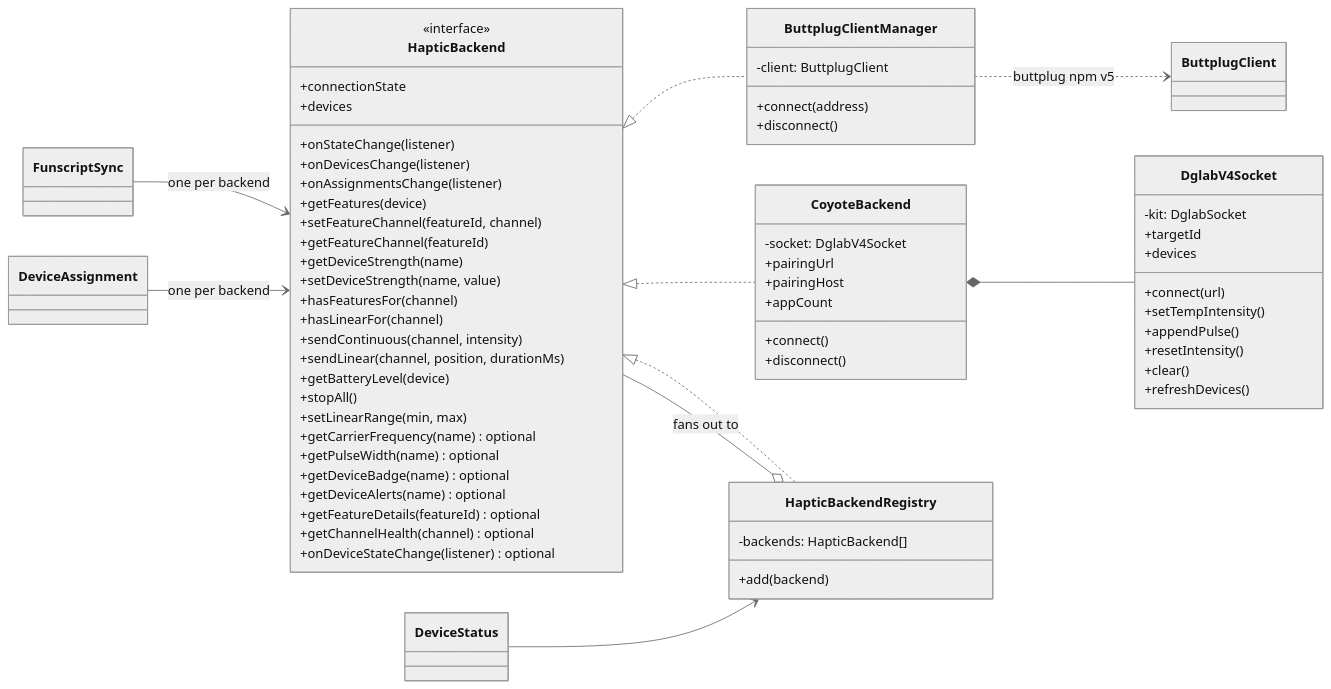
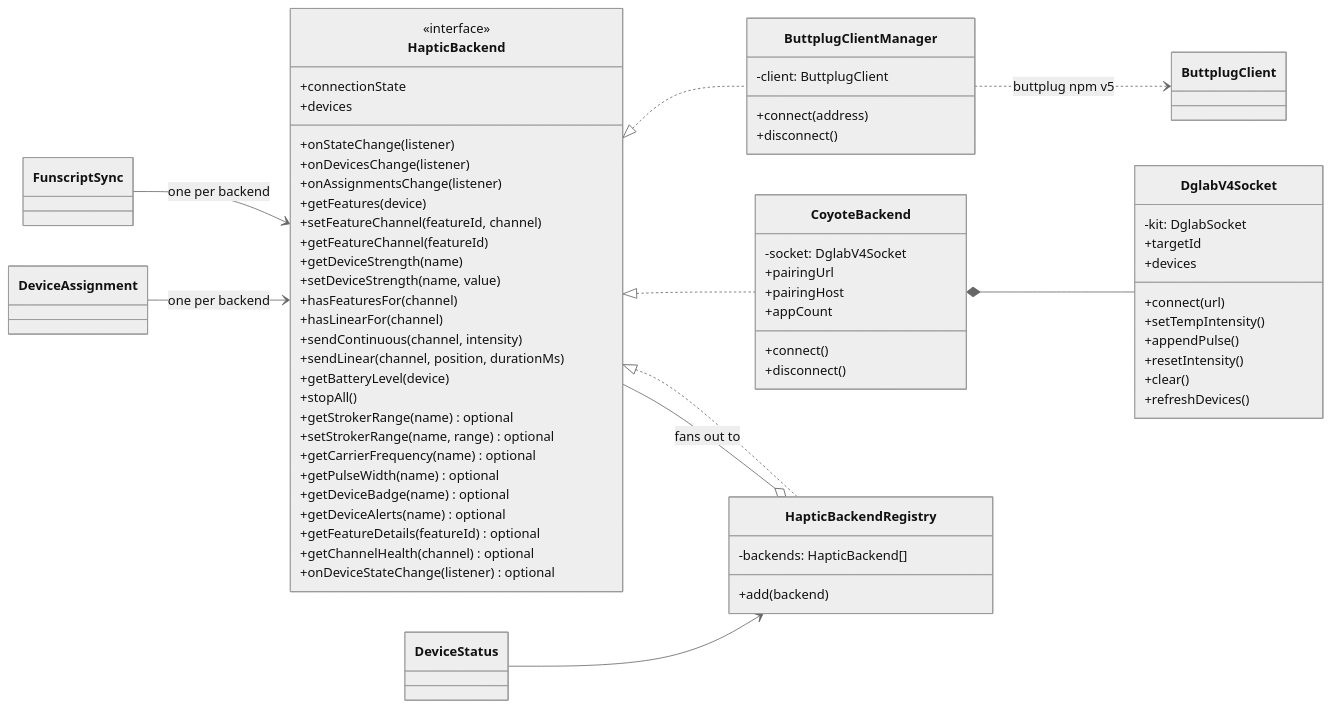
Before and after one commit to lumbar-spine-support/docker-haptic-player: the second of 7 diagrams in docs/developer/haptics.md, drawn with Mermaid (neutral theme). The commit also changed other lines of this file and 52 other files, not shown here.

````diff
--- a/docs/developer/haptics.md
+++ b/docs/developer/haptics.md
@@ -51,74 +51,75 @@
 ```mermaid
 classDiagram
   direction LR
   class HapticBackend {
     <<interface>>
     +connectionState
     +devices
     +onStateChange(listener)
     +onDevicesChange(listener)
     +onAssignmentsChange(listener)
     +getFeatures(device)
     +setFeatureChannel(featureId, channel)
     +getFeatureChannel(featureId)
     +getDeviceStrength(name)
     +setDeviceStrength(name, value)
     +hasFeaturesFor(channel)
     +hasLinearFor(channel)
     +sendContinuous(channel, intensity)
     +sendLinear(channel, position, durationMs)
     +getBatteryLevel(device)
     +stopAll()
-    +setLinearRange(min, max)
+    +getStrokerRange(name) optional
+    +setStrokerRange(name, range) optional
     +getCarrierFrequency(name) optional
     +getPulseWidth(name) optional
     +getDeviceBadge(name) optional
     +getDeviceAlerts(name) optional
     +getFeatureDetails(featureId) optional
     +getChannelHealth(channel) optional
     +onDeviceStateChange(listener) optional
   }
 
   class ButtplugClientManager {
     -client: ButtplugClient
     +connect(address)
     +disconnect()
   }
   class CoyoteBackend {
     -socket: DglabV4Socket
     +connect()
     +disconnect()
     +pairingUrl
     +pairingHost
     +appCount
   }
   class HapticBackendRegistry {
     -backends: HapticBackend[]
     +add(backend)
   }
   class DglabV4Socket {
     -kit: DglabSocket
     +connect(url)
     +setTempIntensity()
     +appendPulse()
     +resetIntensity()
     +clear()
     +refreshDevices()
     +targetId
     +devices
   }
 
   HapticBackend <|.. ButtplugClientManager
   HapticBackend <|.. CoyoteBackend
   HapticBackend <|.. HapticBackendRegistry
   HapticBackendRegistry o-- HapticBackend : fans out to
   CoyoteBackend *-- DglabV4Socket
   ButtplugClientManager ..> ButtplugClient : buttplug npm v5
 
   class FunscriptSync
   class DeviceAssignment
   class DeviceStatus
   FunscriptSync --> HapticBackend : one per backend
   DeviceAssignment --> HapticBackend : one per backend
   DeviceStatus --> HapticBackendRegistry
 ```
````
